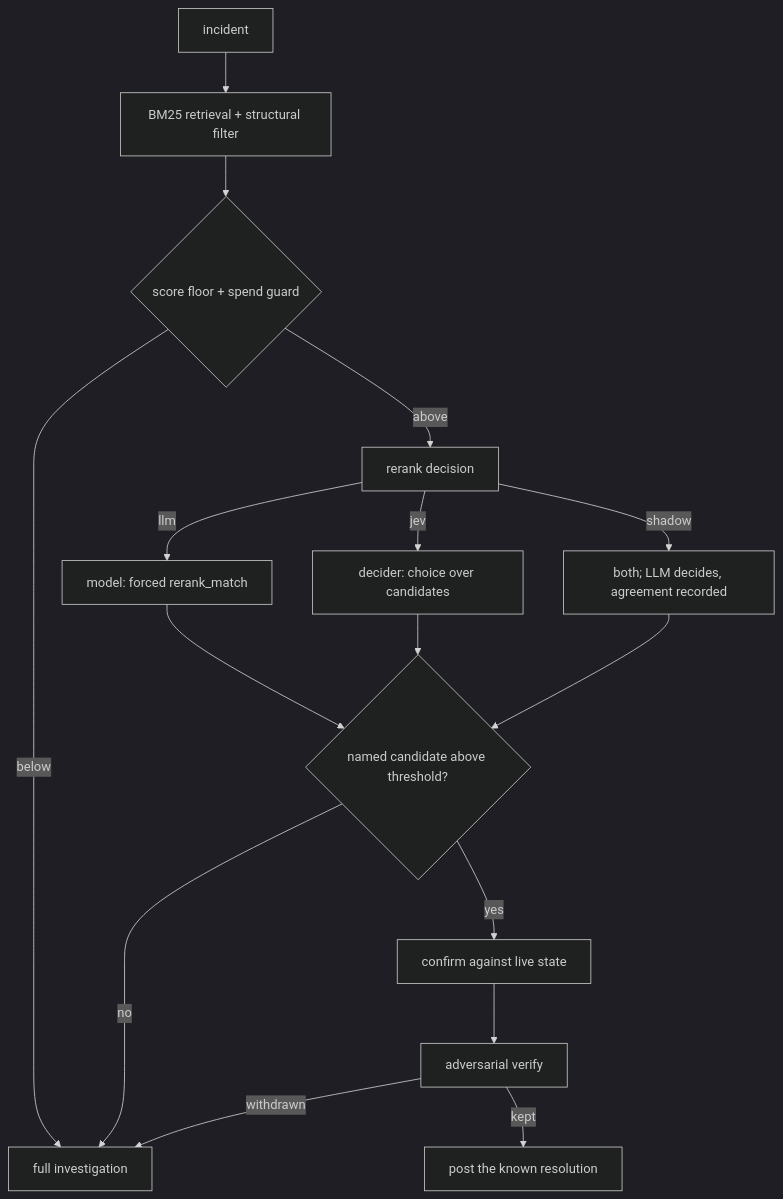
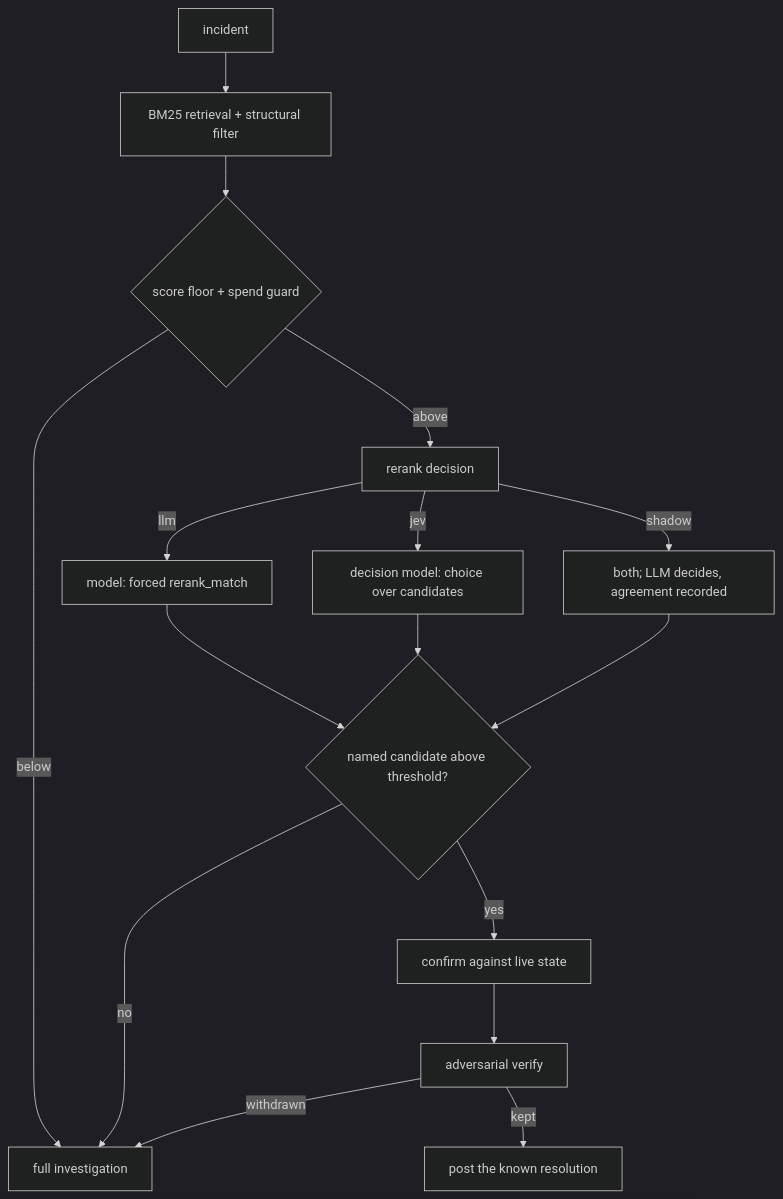
One commit to Smana/runlore changed the diagram in docs/superpowers/specs/2026-09-22-jev-decision-provider-design.md. Above: the diagram before and after it, drawn with Mermaid (dark theme). The commit also changed other lines of this file, not shown here.

First line of the commit message:
docs(specs): configure the decision model as its own block, not an LLM

````diff
--- a/docs/superpowers/specs/2026-09-22-jev-decision-provider-design.md
+++ b/docs/superpowers/specs/2026-09-22-jev-decision-provider-design.md
@@ -54,18 +57,18 @@
 ```mermaid
 flowchart TD
     A[incident] --> B[BM25 retrieval + structural filter]
     B --> C{score floor + spend guard}
     C -->|below| F[full investigation]
     C -->|above| D[rerank decision]
     D -->|llm| D1[model: forced rerank_match]
-    D -->|jev| D2[decider: choice over candidates]
+    D -->|jev| D2[decision model: choice over candidates]
     D -->|shadow| D3[both; LLM decides, agreement recorded]
     D1 --> E{named candidate above threshold?}
     D2 --> E
     D3 --> E
     E -->|no| F
     E -->|yes| G[confirm against live state]
     G --> H[adversarial verify]
     H -->|withdrawn| F
     H -->|kept| I[post the known resolution]
 ```
````
